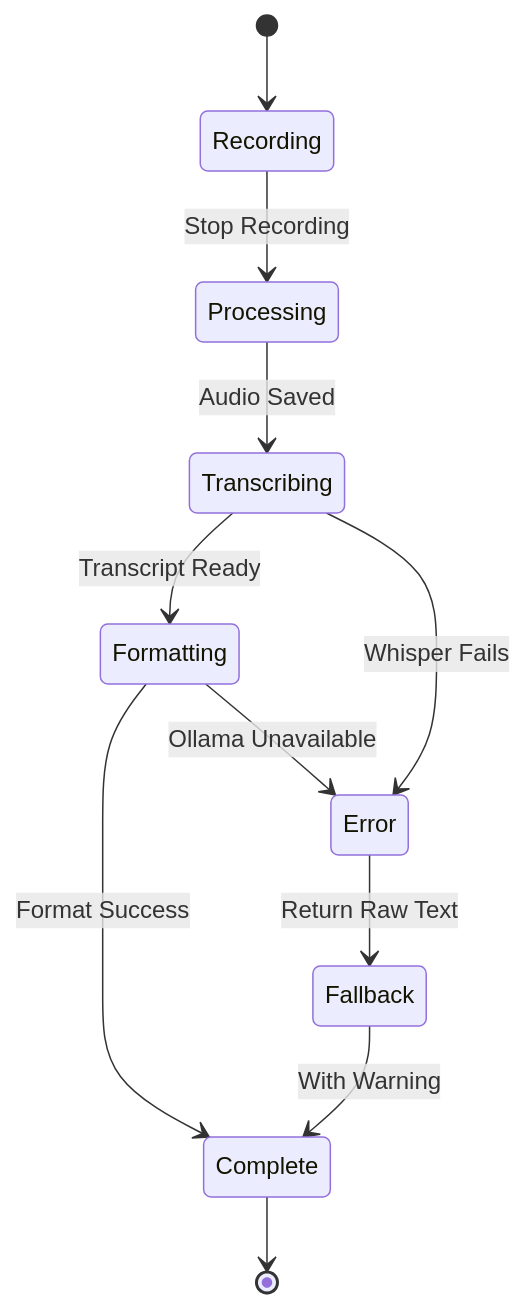
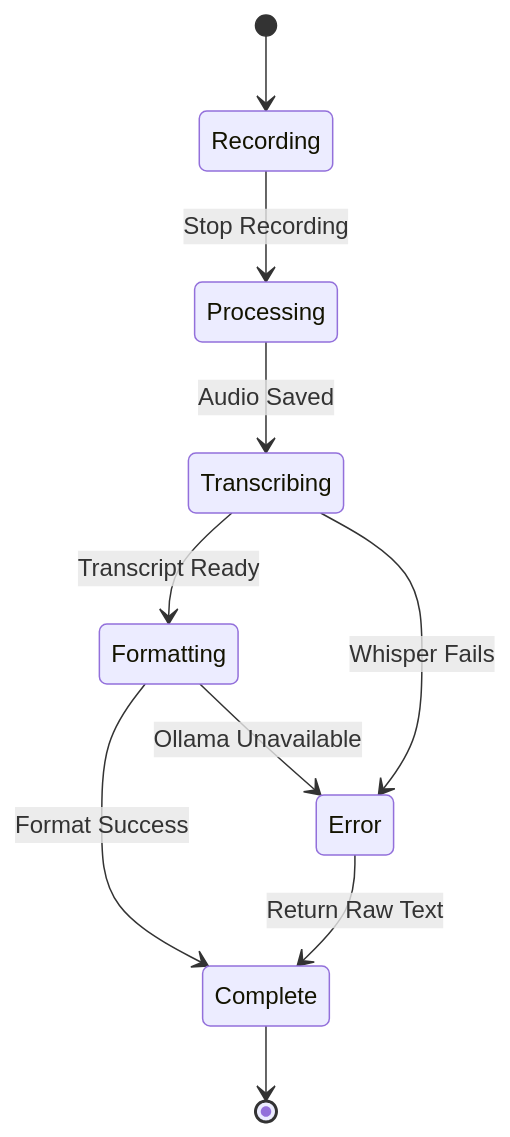
The eighth of 8 diagrams in docs/design/system-architecture.md (marchatton/doctor-dictate), drawn with Mermaid before and after one commit. The commit also changed other lines of this file and 5 other files, not shown here.

First line of the commit message:
refactor: Simplify architecture by removing medical-formatter layer

````diff
--- a/docs/design/system-architecture.md
+++ b/docs/design/system-architecture.md
@@ -303,15 +295,14 @@
 ```mermaid
 stateDiagram-v2
     [*] --> Recording
     Recording --> Processing: Stop Recording
     Processing --> Transcribing: Audio Saved
     Transcribing --> Formatting: Transcript Ready
     Formatting --> Complete: Format Success
     
     Transcribing --> Error: Whisper Fails
     Formatting --> Error: Ollama Unavailable
-    Error --> Fallback: Return Raw Text
-    Fallback --> Complete: With Warning
+    Error --> Complete: Return Raw Text
     
     Complete --> [*]
 ```
````
